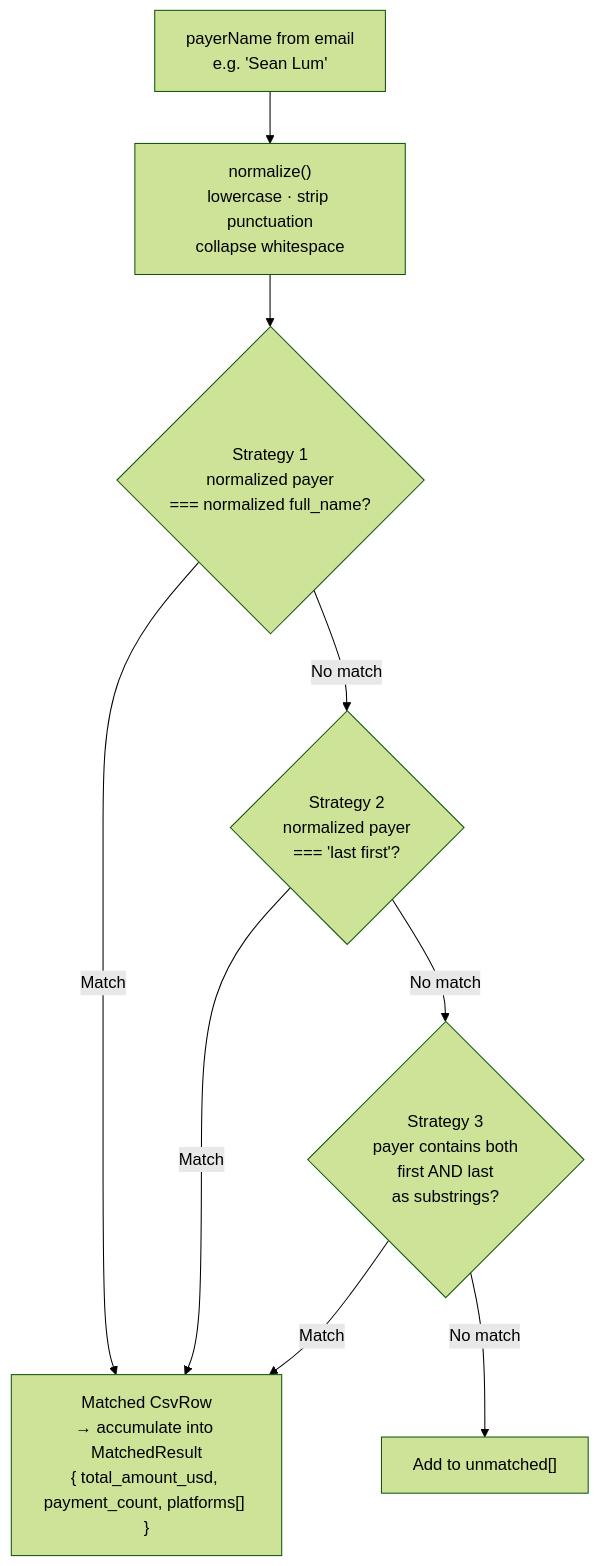
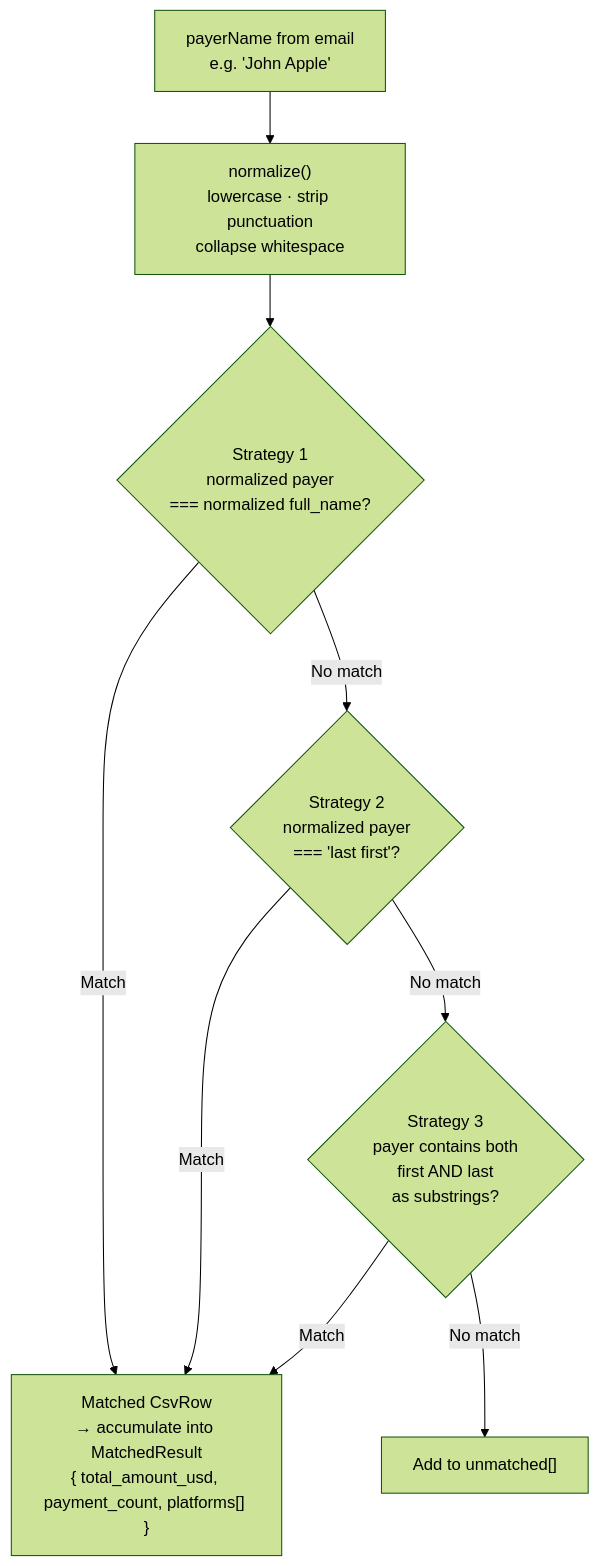
Before and after one commit to Boisterous716/payfirm: the fifth of 6 diagrams in docs/architecture.md, drawn with Mermaid (forest theme). The commit also changed 30 other files, not shown here.

````diff
--- a/docs/architecture.md
+++ b/docs/architecture.md
@@ -201,13 +201,13 @@
 ```mermaid
 flowchart TD
-    A["payerName from email\ne.g. 'Sean Lum'"] --> N["normalize()\nlowercase · strip punctuation\ncollapse whitespace"]
+    A["payerName from email\ne.g. 'John Apple'"] --> N["normalize()\nlowercase · strip punctuation\ncollapse whitespace"]
     N --> S1{"Strategy 1\nnormalized payer\n=== normalized full_name?"}
     S1 -- Match --> OUT
     S1 -- No match --> S2{"Strategy 2\nnormalized payer\n=== 'last first'?"}
     S2 -- Match --> OUT
     S2 -- No match --> S3{"Strategy 3\npayer contains both\nfirst AND last\nas substrings?"}
     S3 -- Match --> OUT
     S3 -- No match --> U["Add to unmatched[]"]
 
     OUT["Matched CsvRow\n→ accumulate into MatchedResult\n{ total_amount_usd, payment_count, platforms[] }"]
 ```
````
